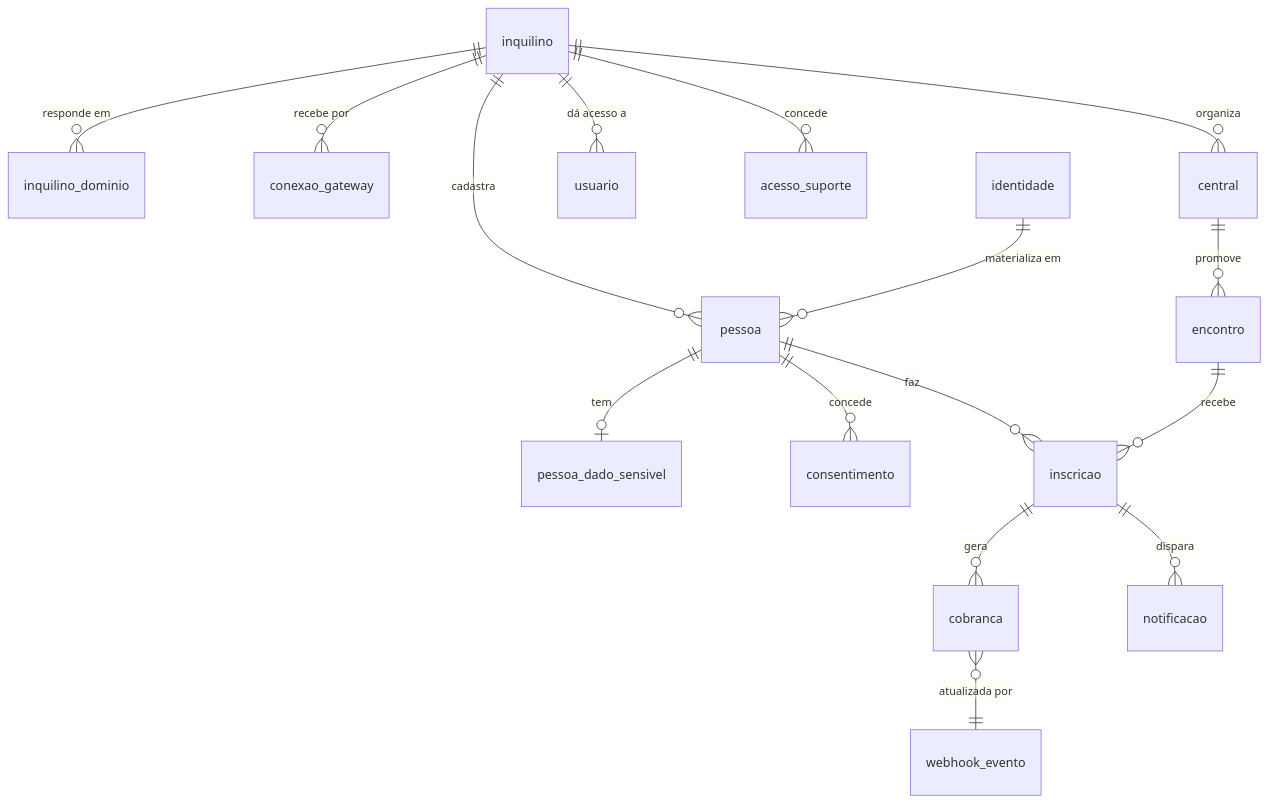
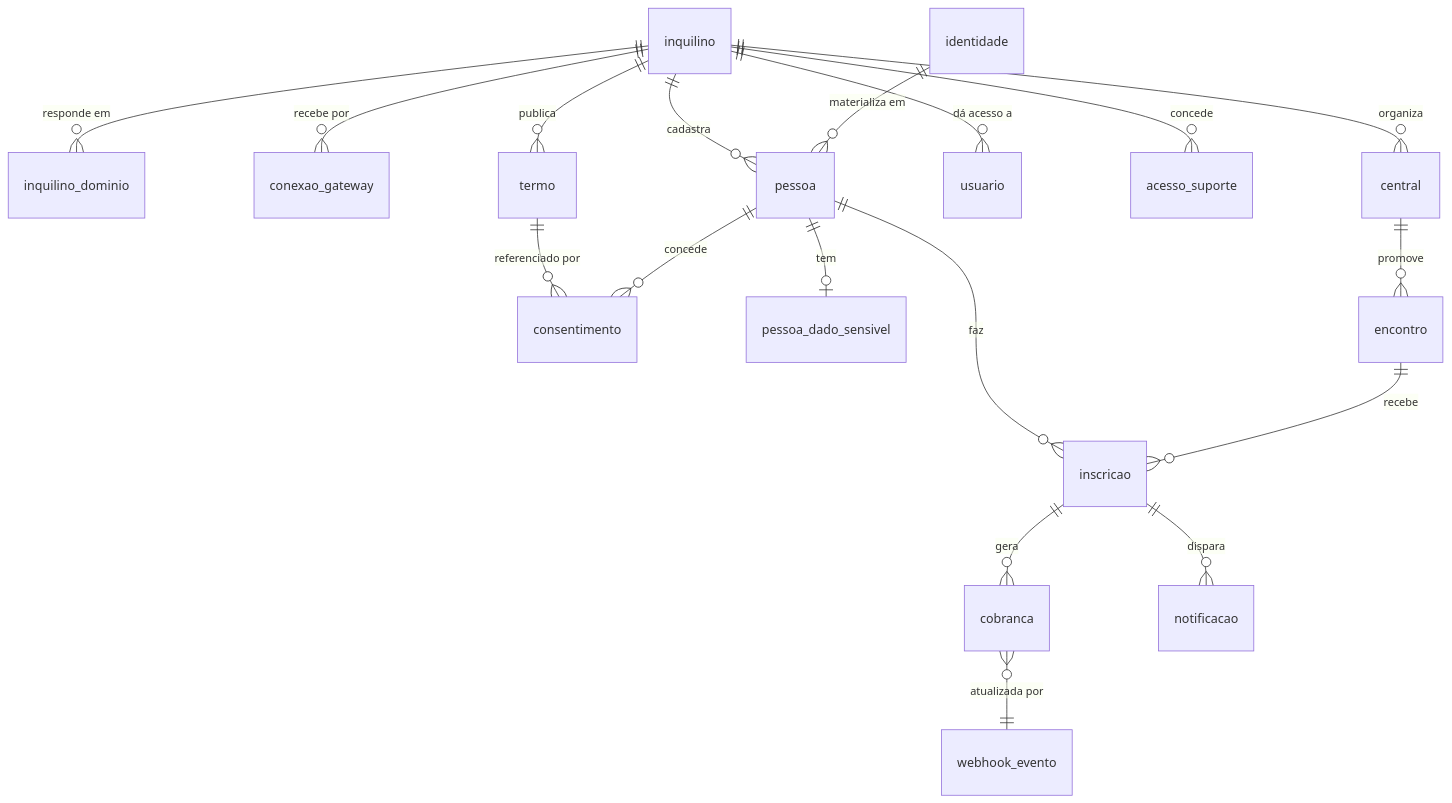
The diagram in specs/fase-1/01-modelo-de-dados.md (fergiraldi/retiros-platform), drawn with Mermaid before and after one commit. The commit also changed other lines of this file and 8 other files, not shown here.

````diff
--- a/specs/fase-1/01-modelo-de-dados.md
+++ b/specs/fase-1/01-modelo-de-dados.md
@@ -634,18 +734,20 @@
 ```mermaid
 erDiagram
     inquilino ||--o{ inquilino_dominio : "responde em"
     inquilino ||--o{ conexao_gateway : "recebe por"
     inquilino ||--o{ central : "organiza"
     inquilino ||--o{ pessoa : "cadastra"
     inquilino ||--o{ usuario : "dá acesso a"
     inquilino ||--o{ acesso_suporte : "concede"
+    inquilino ||--o{ termo : "publica"
+    termo ||--o{ consentimento : "referenciado por"
     identidade ||--o{ pessoa : "materializa em"
     pessoa ||--o| pessoa_dado_sensivel : "tem"
     pessoa ||--o{ consentimento : "concede"
     pessoa ||--o{ inscricao : "faz"
     central ||--o{ encontro : "promove"
     encontro ||--o{ inscricao : "recebe"
     inscricao ||--o{ cobranca : "gera"
     inscricao ||--o{ notificacao : "dispara"
     cobranca }o--|| webhook_evento : "atualizada por"
 ```
````
